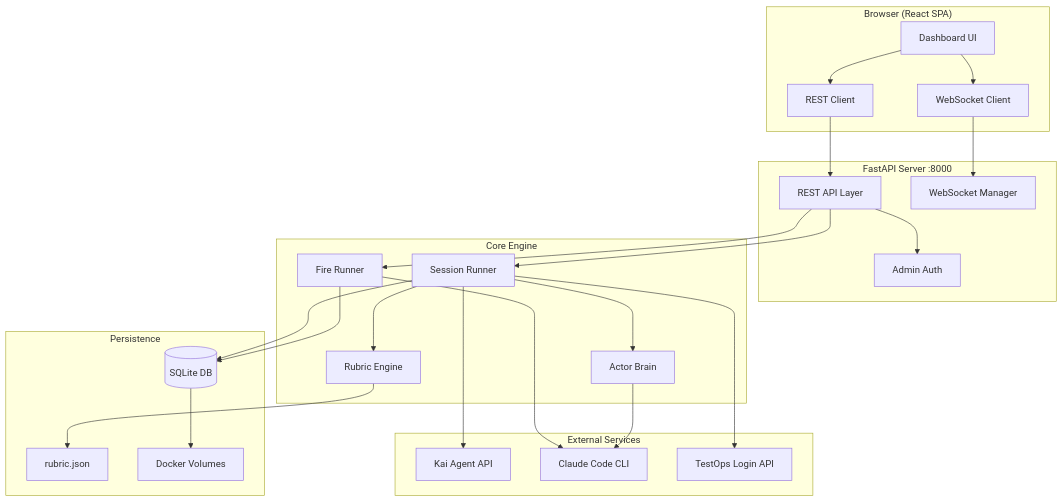
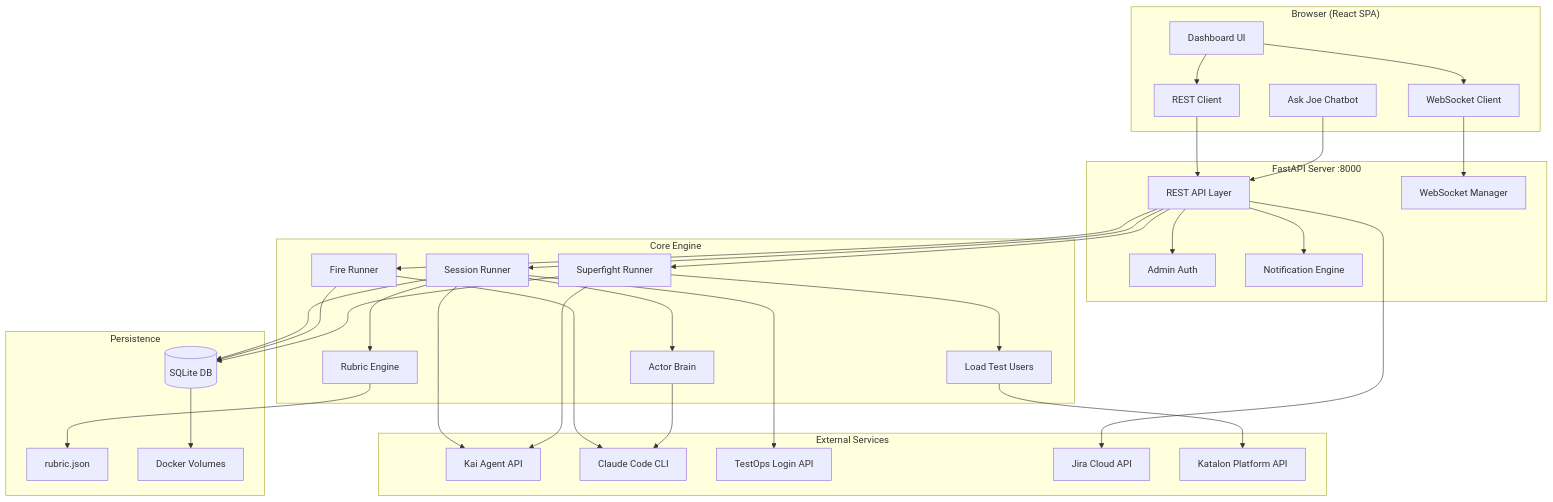
One commit to duonghaijoe/eval-kai changed the first of 20 diagrams in docs/ARCHITECTURE.md. Above: the diagram before and after it, drawn with Mermaid. The commit also changed other lines of this file and 22 other files, not shown here.

First line of the commit message:
feat: v2.0 — ConfirmModal, Jira integration, Ask Joe, fire mode fix, notifications

````diff
--- a/docs/ARCHITECTURE.md
+++ b/docs/ARCHITECTURE.md
@@ -9,52 +9,66 @@
 ```mermaid
 graph TB
     subgraph Client["Browser (React SPA)"]
         UI[Dashboard UI]
         WS_C[WebSocket Client]
         API_C[REST Client]
+        JOE[Ask Joe Chatbot]
     end
 
     subgraph Server["FastAPI Server :8000"]
         REST[REST API Layer]
         WSM[WebSocket Manager]
         AUTH[Admin Auth]
+        NOTIFY[Notification Engine]
     end
 
     subgraph Core["Core Engine"]
         SR[Session Runner]
         FR[Fire Runner]
+        SF[Superfight Runner]
         AB[Actor Brain]
         RB[Rubric Engine]
+        LTU[Load Test Users]
     end
 
     subgraph External["External Services"]
         KAI[Kai Agent API]
         CLAUDE[Claude Code CLI]
         LOGIN[TestOps Login API]
+        JIRA[Jira Cloud API]
+        PLATFORM[Katalon Platform API]
     end
 
     subgraph Storage["Persistence"]
         DB[(SQLite DB)]
         RUBRIC[rubric.json]
         VOL[Docker Volumes]
     end
 
     UI --> API_C --> REST
     UI --> WS_C --> WSM
+    JOE --> REST
 
     REST --> SR
     REST --> FR
+    REST --> SF
     REST --> AUTH
+    REST --> NOTIFY
     SR --> AB
     SR --> RB
     FR --> CLAUDE
+    SF --> LTU
 
     SR --> KAI
     AB --> CLAUDE
     SR --> LOGIN
+    SF --> KAI
+    REST --> JIRA
+    LTU --> PLATFORM
 
     SR --> DB
     FR --> DB
+    SF --> DB
     RB --> RUBRIC
     DB --> VOL
 ```
````
